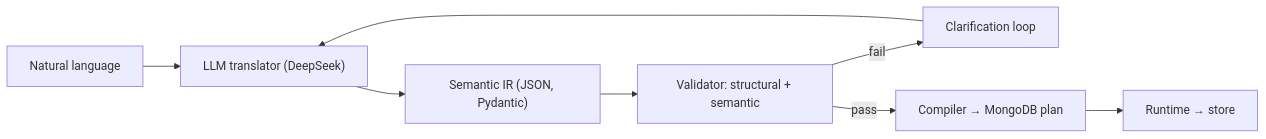
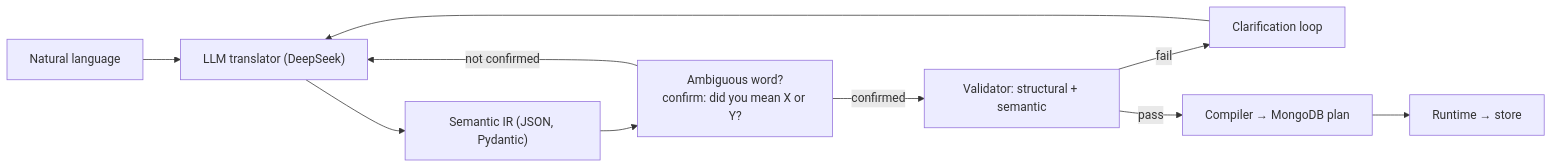
One commit to 0xiammatrixx/yourLang changed the diagram in docs/paper.md. Above: the diagram before and after it, drawn with Mermaid. The commit also changed other lines of this file and 2 other files, not shown here.

````diff
--- a/docs/paper.md
+++ b/docs/paper.md
@@ -30,10 +34,12 @@
 ```mermaid
 flowchart LR
     U[Natural language] --> T["LLM translator (DeepSeek)"]
     T --> IR["Semantic IR (JSON, Pydantic)"]
-    IR --> V["Validator: structural + semantic"]
+    IR --> P["Ambiguous word?<br/>confirm: did you mean X or Y?"]
+    P -->|confirmed| V["Validator: structural + semantic"]
+    P -->|not confirmed| T
     V -->|fail| Q[Clarification loop]
     Q --> T
     V -->|pass| C[Compiler → MongoDB plan]
     C --> R[Runtime → store]
 ```
````
